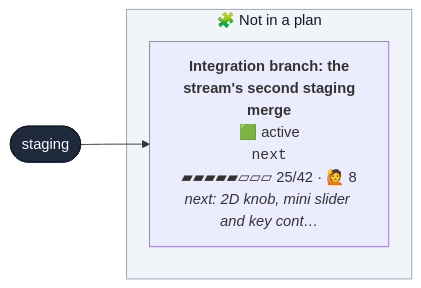
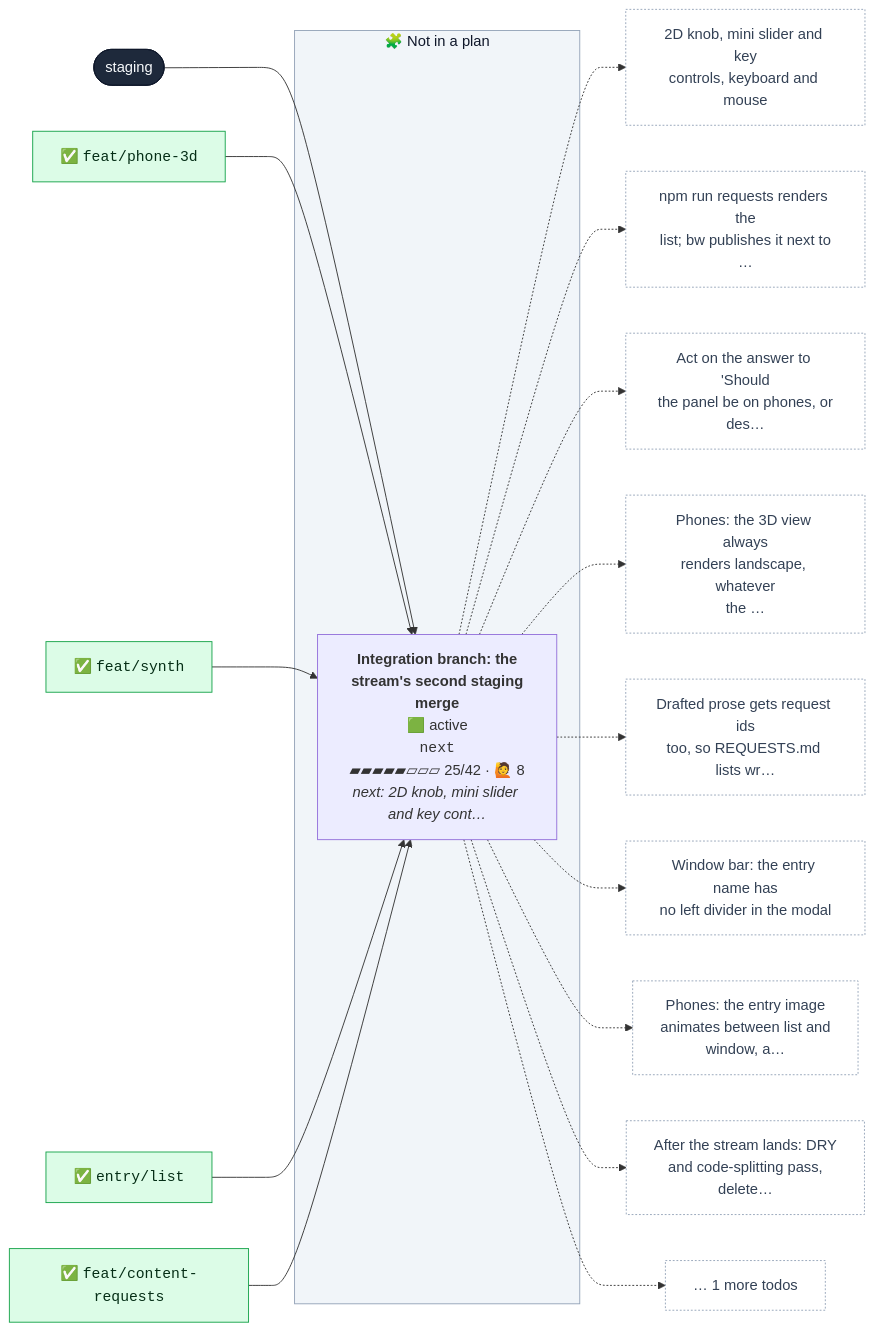
Before and after one commit to henryjonescodes/portfolio: the first of 2 diagrams in CONTRIBUTING.md, drawn with Mermaid. The commit also changed other lines of this file and 1 other file, not shown here.

````diff
--- a/CONTRIBUTING.md
+++ b/CONTRIBUTING.md
@@ -16,18 +16,59 @@
 ```mermaid
 flowchart LR
   n_staging([staging])
   class n_staging trunk
   subgraph loose["🧩 Not in a plan"]
     n_next["<b>Integration branch: the<br/>stream's second staging<br/>merge</b><br/>🟩 active<br/><code>next</code><br/>▰▰▰▰▰▱▱▱ 25/42 · 🙋 8<br/><i>next: 2D knob, mini slider and key cont…</i>"]
     class n_next active,current
   end
   style loose fill:#f1f5f9,stroke:#94a3b8,color:#0f172a
   n_staging --> n_next
+  n_next_m0["✅ <code>feat/phone-3d</code>"]
+  class n_next_m0 merged
+  n_next_m0 --> n_next
+  n_next_m1["✅ <code>feat/synth</code>"]
+  class n_next_m1 merged
+  n_next_m1 --> n_next
+  n_next_m2["✅ <code>entry/list</code>"]
+  class n_next_m2 merged
+  n_next_m2 --> n_next
+  n_next_m3["✅ <code>feat/content-requests</code>"]
+  class n_next_m3 merged
+  n_next_m3 --> n_next
+  n_next_t0["2D knob, mini slider and key<br/>controls, keyboard and mouse"]
+  class n_next_t0 todo
+  n_next -.-> n_next_t0
+  n_next_t1["npm run requests renders the<br/>list; bw publishes it next to<br/>…"]
+  class n_next_t1 todo
+  n_next -.-> n_next_t1
+  n_next_t2["Act on the answer to 'Should<br/>the panel be on phones, or<br/>des…"]
+  class n_next_t2 todo
+  n_next -.-> n_next_t2
+  n_next_t3["Phones: the 3D view always<br/>renders landscape, whatever<br/>the …"]
+  class n_next_t3 todo
+  n_next -.-> n_next_t3
+  n_next_t4["Drafted prose gets request ids<br/>too, so REQUESTS.md lists wr…"]
+  class n_next_t4 todo
+  n_next -.-> n_next_t4
+  n_next_t5["Window bar: the entry name has<br/>no left divider in the modal"]
+  class n_next_t5 todo
+  n_next -.-> n_next_t5
+  n_next_t6["Phones: the entry image<br/>animates between list and<br/>window, a…"]
+  class n_next_t6 todo
+  n_next -.-> n_next_t6
+  n_next_t7["After the stream lands: DRY<br/>and code-splitting pass,<br/>delete…"]
+  class n_next_t7 todo
+  n_next -.-> n_next_t7
+  n_next_more["… 1 more todos"]
+  class n_next_more todo
+  n_next -.-> n_next_more
+  classDef merged fill:#dcfce7,stroke:#16a34a,color:#052e16
+  classDef todo fill:#ffffff,stroke:#94a3b8,stroke-dasharray:2 2,color:#334155
   classDef planned fill:#c7d2fe,stroke:#4f46e5,color:#1e1b4b
   classDef sketched fill:#f8fafc,stroke:#64748b,stroke-dasharray:4 3,color:#334155
   classDef active fill:#bbf7d0,stroke:#16a34a,stroke-width:3px,color:#052e16
   classDef review fill:#fde68a,stroke:#d97706,stroke-width:3px,color:#451a03
   classDef blocked fill:#fecaca,stroke:#dc2626,stroke-width:3px,color:#450a0a
   classDef trunk fill:#1e293b,stroke:#0f172a,color:#f8fafc
   classDef current stroke:#0ea5e9,stroke-width:5px
 ```
````
